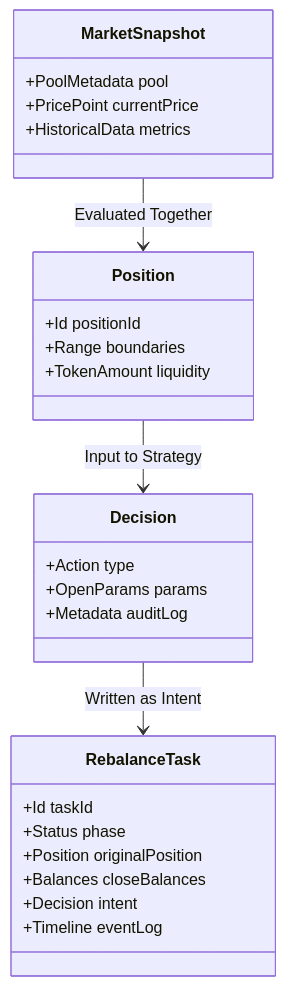
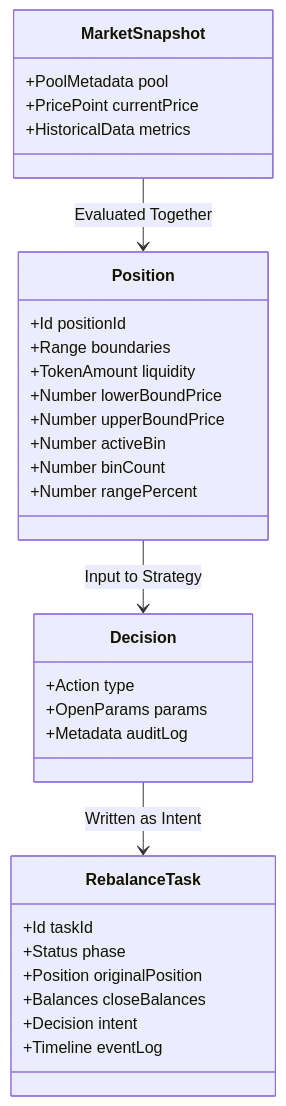
The first of 2 diagrams in docs/INTERFACES.md (romankurnovskii/aria-vega-market-maker), drawn with Mermaid before and after one commit. The commit also changed 5 other files, not shown here.

````diff
--- a/docs/INTERFACES.md
+++ b/docs/INTERFACES.md
@@ -11,30 +11,35 @@
 ```mermaid
 classDiagram
     class MarketSnapshot {
         +PoolMetadata pool
         +PricePoint currentPrice
         +HistoricalData metrics
     }
     class Position {
         +Id positionId
         +Range boundaries
         +TokenAmount liquidity
+        +Number lowerBoundPrice
+        +Number upperBoundPrice
+        +Number activeBin
+        +Number binCount
+        +Number rangePercent
     }
     class Decision {
         +Action type
         +OpenParams params
         +Metadata auditLog
     }
     class RebalanceTask {
         +Id taskId
         +Status phase
         +Position originalPosition
         +Balances closeBalances
         +Decision intent
         +Timeline eventLog
     }
 
     MarketSnapshot --> Position : Evaluated Together
     Position --> Decision : Input to Strategy
     Decision --> RebalanceTask : Written as Intent
 ```
````
